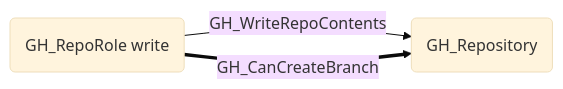
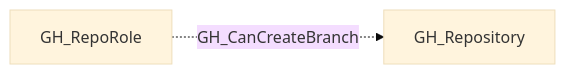
One commit to SpecterOps/bloodhound-docs changed the second of 2 diagrams in docs/opengraph/extensions/github/edges/gh_cancreatebranch.mdx. Above: the diagram before and after it, drawn with Mermaid (base theme). The commit also changed other lines of this file and 292 other files, not shown here.

````diff
--- a/docs/opengraph/extensions/github/edges/gh_cancreatebranch.mdx
+++ b/docs/opengraph/extensions/github/edges/gh_cancreatebranch.mdx
@@ -23,5 +41,6 @@
 ```mermaid
 graph LR
-    role("GH_RepoRole write") -->|GH_WriteRepoContents| repo("GH_Repository")
-    role ==>|GH_CanCreateBranch| repo
+    n0["GH_RepoRole"]
+    n1["GH_Repository"]
+    n0 -.->|GH_CanCreateBranch| n1
 ```
````
